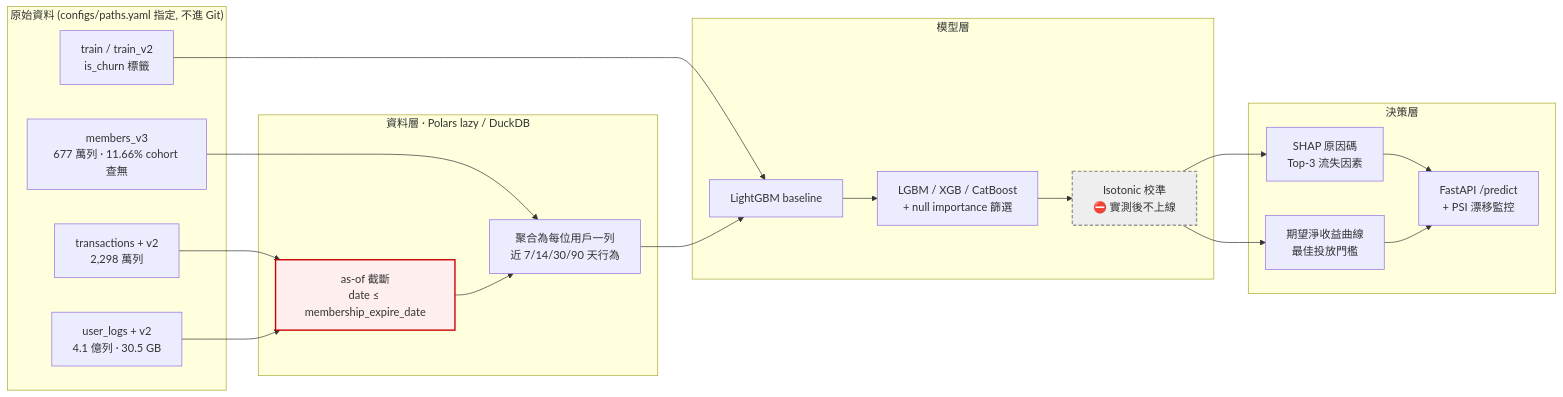
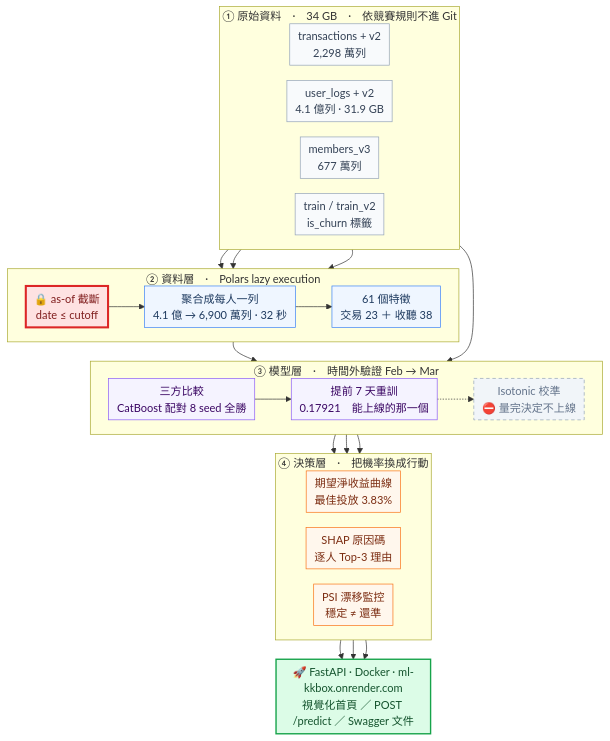
Before and after one commit to lee851104/ML_kkbox: the diagram in README.md, drawn with Mermaid. The commit also changed other lines of this file and 1 other file, not shown here.

````diff
--- a/README.md
+++ b/README.md
@@ -118,40 +158,63 @@
 ```mermaid
-flowchart LR
-    subgraph SRC["原始資料 (configs/paths.yaml 指定, 不進 Git)"]
+%%{init:{'flowchart':{'rankSpacing':28,'nodeSpacing':22,'padding':6,'subGraphTitleMargin':{'top':2,'bottom':2}}}}%%
+flowchart TD
+    subgraph SRC["① 原始資料　·　34 GB　·　依競賽規則不進 Git"]
+        direction LR
         T["transactions + v2<br/>2,298 萬列"]
-        L["user_logs + v2<br/>4.1 億列 · 30.5 GB"]
-        M["members_v3<br/>677 萬列 · 11.66% cohort 查無"]
+        L["user_logs + v2<br/>4.1 億列 · 31.9 GB"]
+        M["members_v3<br/>677 萬列"]
         Y["train / train_v2<br/>is_churn 標籤"]
     end
 
-    subgraph ETL["資料層 · Polars lazy / DuckDB"]
-        CUT["as-of 截斷<br/>date &le; membership_expire_date"]
-        AGG["聚合為每位用戶一列<br/>近 7/14/30/90 天行為"]
+    subgraph ETL["② 資料層　·　Polars lazy execution"]
+        direction LR
+        CUT["🔒 as-of 截斷<br/>date ≤ cutoff"]
+        AGG["聚合成每人一列<br/>4.1 億 → 6,900 萬列 · 32 秒"]
+        FEAT["61 個特徵<br/>交易 23 ＋ 收聽 38"]
     end
 
-    subgraph MODEL["模型層"]
-        BASE["LightGBM baseline"]
-        CMP["LGBM / XGB / CatBoost<br/>+ null importance 篩選"]
-        CAL["Isotonic 校準<br/>⛔ 實測後不上線"]
+    subgraph MODEL["③ 模型層　·　時間外驗證 Feb → Mar"]
+        direction LR
+        CMP["三方比較<br/>CatBoost 配對 8 seed 全勝"]
+        T7["提前 7 天重訓<br/>0.17921　能上線的那一個"]
+        CAL["Isotonic 校準<br/>⛔ 量完決定不上線"]
     end
 
-    subgraph OUT["決策層"]
-        SHAP["SHAP 原因碼<br/>Top-3 流失因素"]
-        ROI["期望淨收益曲線<br/>最佳投放門檻"]
-        API["FastAPI /predict<br/>+ PSI 漂移監控"]
+    subgraph OUT["④ 決策層　·　把機率換成行動"]
+        direction LR
+        ROI["期望淨收益曲線<br/>最佳投放 3.83%"]
+        SHAP["SHAP 原因碼<br/>逐人 Top-3 理由"]
+        DRIFT["PSI 漂移監控<br/>穩定 ≠ 還準"]
     end
+
+    API["🚀 FastAPI · Docker · ml-kkbox.onrender.com<br/>視覺化首頁 ／ POST /predict ／ Swagger 文件"]
 
     T --> CUT
     L --> CUT
     M --> AGG
-    Y --> BASE
-    CUT --> AGG
-    AGG --> BASE --> CMP --> CAL
-    CAL --> SHAP
-    CAL --> ROI
+    CUT --> AGG --> FEAT
+    Y --> CMP
+    FEAT --> CMP --> T7 -.-> CAL
+    T7 --> ROI
+    T7 --> SHAP
+    T7 --> DRIFT
+    ROI --> API
     SHAP --> API
-    ROI --> API
+    DRIFT --> API
 
-    style CUT fill:#fee,stroke:#c00,stroke-width:2px
-    style CAL fill:#eee,stroke:#999,stroke-width:2px,stroke-dasharray: 5 3
+    classDef lvSrc fill:#f8fafc,stroke:#94a3b8,color:#334155
+    classDef lvEtl fill:#eff6ff,stroke:#3b82f6,color:#1e3a5f
+    classDef lvMdl fill:#f5f3ff,stroke:#8b5cf6,color:#3b0764
+    classDef lvDec fill:#fff7ed,stroke:#f97316,color:#7c2d12
+    classDef lvGate fill:#fee2e2,stroke:#dc2626,stroke-width:3px,color:#7f1d1d
+    classDef lvDead fill:#f1f5f9,stroke:#94a3b8,stroke-dasharray:5 4,color:#64748b
+    classDef lvLive fill:#dcfce7,stroke:#16a34a,stroke-width:2px,color:#14532d
+
+    class T,L,M,Y lvSrc
+    class AGG,FEAT lvEtl
+    class CMP,T7 lvMdl
+    class ROI,SHAP,DRIFT lvDec
+    class CUT lvGate
+    class CAL lvDead
+    class API lvLive
 ```
````
